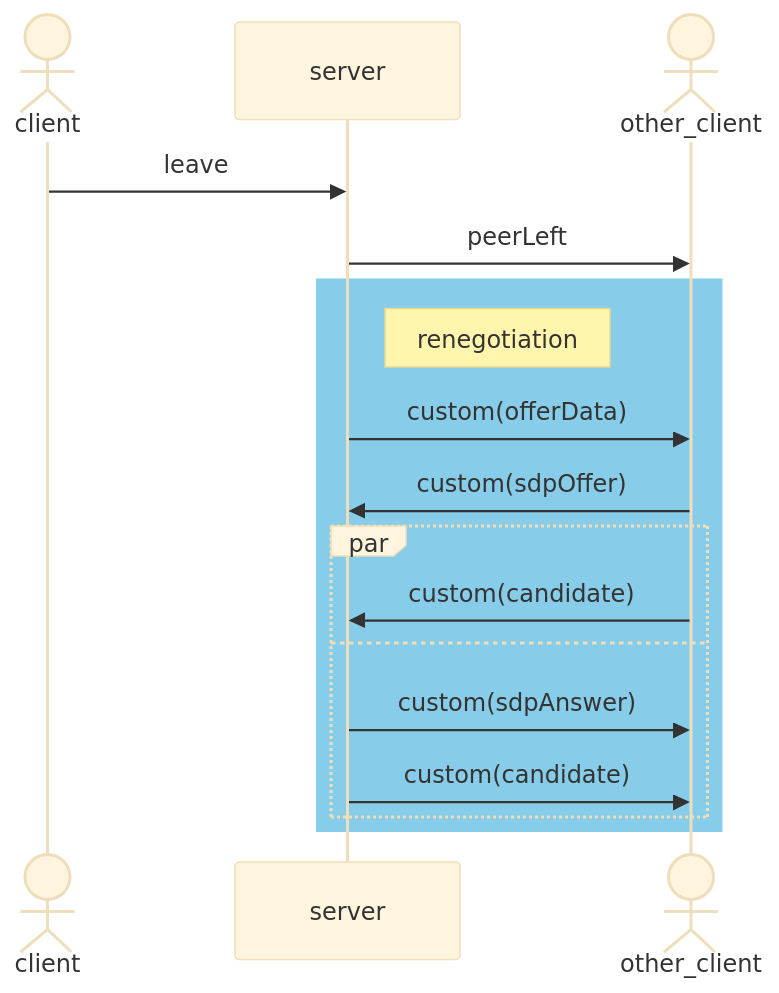
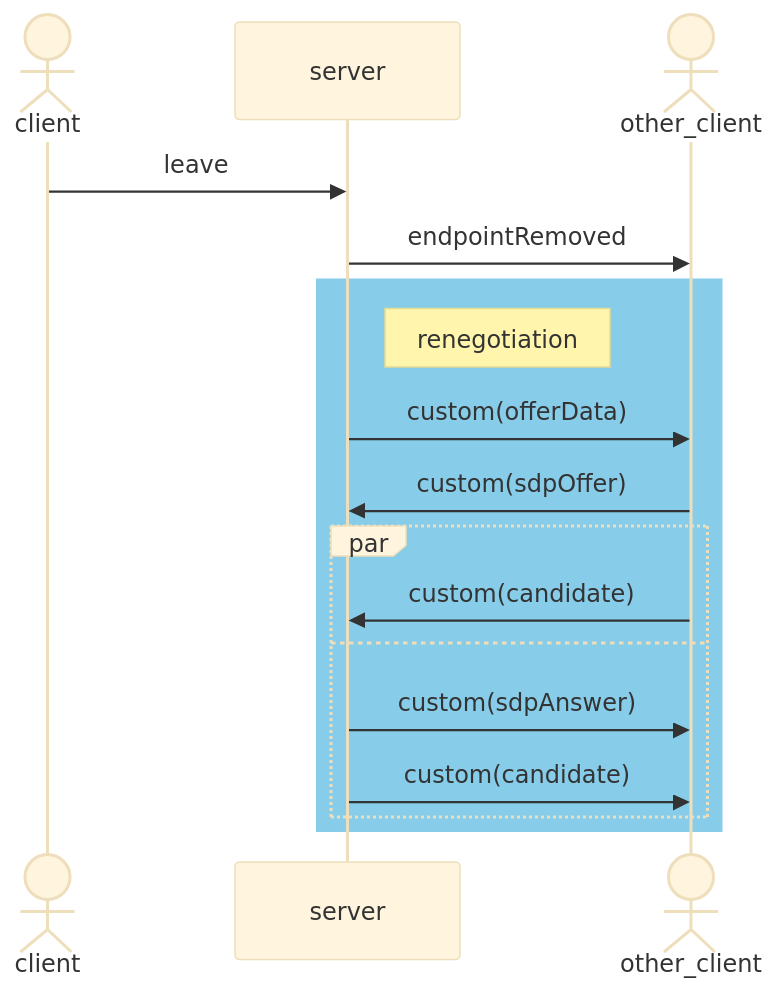
The third of 3 diagrams in internal_docs/protocol.md (fishjam-dev/membrane_rtc_engine), drawn with Mermaid (base theme) before and after one commit. The commit also changed other lines of this file and 12 other files, not shown here.

````diff
--- a/internal_docs/protocol.md
+++ b/internal_docs/protocol.md
@@ -48,19 +48,19 @@
 ```mermaid
 sequenceDiagram
     actor client
     participant server
     actor other_client
     client->>server: leave
-    server->>other_client: peerLeft
+    server->>other_client: endpointRemoved
     rect rgb(135, 204, 232)
         note right of server: renegotiation
         server->>other_client: custom(offerData)
         other_client->>server: custom(sdpOffer)
         par
             other_client->>server: custom(candidate)
         and
             server->>other_client: custom(sdpAnswer)
             server->>other_client: custom(candidate)
         end
     end
 ```
````
